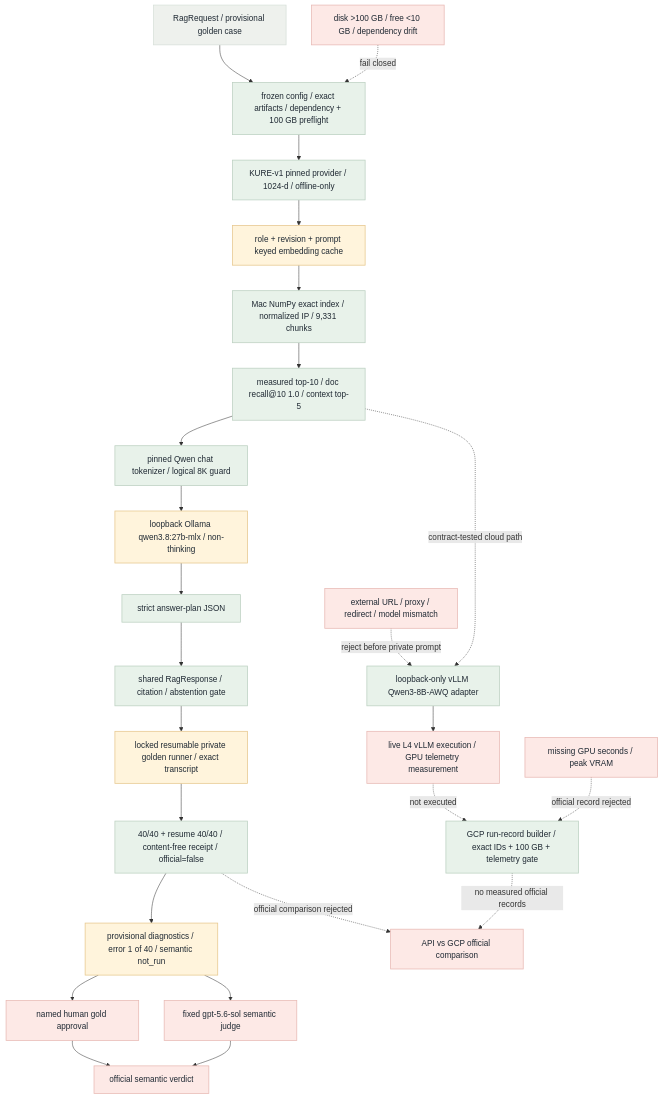
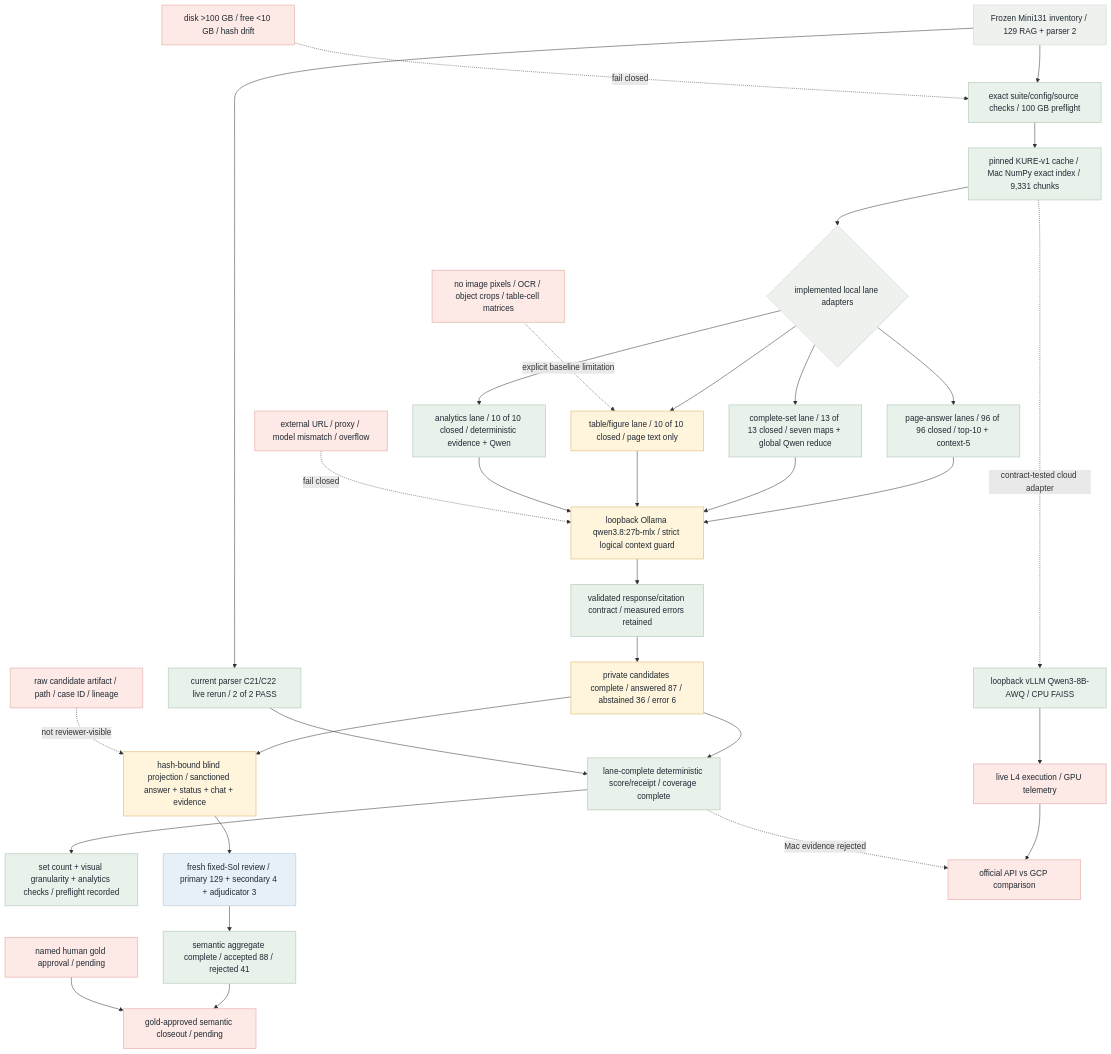
Before and after one commit to KongSeok/sprint-public-procurement-rag-assistant: the diagram in fivecircles/architecture/specs/gcp-local-baseline-current-flow.mmd, drawn with Mermaid. The commit also changed 22 other files, not shown here.

Commit message:
feat(eval): complete local Mini131 131-asset baseline

```diff
--- a/fivecircles/architecture/specs/gcp-local-baseline-current-flow.mmd
+++ b/fivecircles/architecture/specs/gcp-local-baseline-current-flow.mmd
@@ -1,34 +1,43 @@
 flowchart TD
-    U["RagRequest / provisional golden case"]:::gray --> PF["frozen config / exact artifacts / dependency + 100 GB preflight"]:::green
-    PF --> K["KURE-v1 pinned provider / 1024-d / offline-only"]:::green
-    K --> C["role + revision + prompt keyed embedding cache"]:::amber
-    C --> N["Mac NumPy exact index / normalized IP / 9,331 chunks"]:::green
-    N --> R["measured top-10 / doc recall@10 1.0 / context top-5"]:::green
-    R --> QT["pinned Qwen chat tokenizer / logical 8K guard"]:::green
-    QT --> O["loopback Ollama qwen3.8:27b-mlx / non-thinking"]:::amber
-    O --> J["strict answer-plan JSON"]:::green
-    J --> P["shared RagResponse / citation / abstention gate"]:::green
-    P --> GR["locked resumable private golden runner / exact transcript"]:::amber
-    GR --> MR["40/40 + resume 40/40 / content-free receipt / official=false"]:::green
-    MR --> PS["provisional diagnostics / error 1 of 40 / semantic not_run"]:::amber
+    U["Frozen Mini131 inventory / 129 RAG + parser 2"]:::gray --> PF["exact suite/config/source checks / 100 GB preflight"]:::green
+    PF --> K["pinned KURE-v1 cache / Mac NumPy exact index / 9,331 chunks"]:::green
+    K --> D{"implemented local lane adapters"}:::gray
 
-    R -. "contract-tested cloud path" .-> VA["loopback-only vLLM Qwen3-8B-AWQ adapter"]:::green
-    VA --> L4["live L4 vLLM execution / GPU telemetry measurement"]:::red
-    L4 -. "not executed" .-> RR["GCP run-record builder / exact IDs + 100 GB + telemetry gate"]:::green
-    RR -. "no measured official records" .-> CMP["API vs GCP official comparison"]:::red
-    MR -. "official comparison rejected" .-> CMP
+    D --> P["page-answer lanes / 96 of 96 closed / top-10 + context-5"]:::green
+    D --> S["complete-set lane / 13 of 13 closed / seven maps + global Qwen reduce"]:::green
+    D --> V["table/figure lane / 10 of 10 closed / page text only"]:::amber
+    D --> A["analytics lane / 10 of 10 closed / deterministic evidence + Qwen"]:::green
 
-    PS --> H["named human gold approval"]:::red
-    PS --> S["fixed gpt-5.6-sol semantic judge"]:::red
-    H --> SV["official semantic verdict"]:::red
-    S --> SV
+    P --> O["loopback Ollama qwen3.8:27b-mlx / strict logical context guard"]:::amber
+    S --> O
+    V --> O
+    A --> O
+    O --> R["validated response/citation contract / measured errors retained"]:::green
+    R --> T["private candidates complete / answered 87 / abstained 36 / error 6"]:::amber
+    T --> M["lane-complete deterministic score/receipt / coverage complete"]:::green
+    M --> MC["set count + visual granularity + analytics checks / preflight recorded"]:::green
 
-    D["disk >100 GB / free <10 GB / dependency drift"]:::red -. "fail closed" .-> PF
-    X["external URL / proxy / redirect / model mismatch"]:::red -. "reject before private prompt" .-> VA
-    T["missing GPU seconds / peak VRAM"]:::red -. "official record rejected" .-> RR
+    U --> PR["current parser C21/C22 live rerun / 2 of 2 PASS"]:::green
+    PR --> M
+
+    T --> BP["hash-bound blind projection / sanctioned answer + status + chat + evidence"]:::amber
+    RAW["raw candidate artifact / path / case ID / lineage"]:::red -. "not reviewer-visible" .-> BP
+    BP --> SOL["fresh fixed-Sol review / primary 129 + secondary 4 + adjudicator 3"]:::blue
+    SOL --> SEM["semantic aggregate complete / accepted 88 / rejected 41"]:::green
+    SEM --> FC["gold-approved semantic closeout / pending"]:::red
+    H["named human gold approval / pending"]:::red --> FC
+
+    K -. "contract-tested cloud adapter" .-> VA["loopback vLLM Qwen3-8B-AWQ / CPU FAISS"]:::green
+    VA --> L4["live L4 execution / GPU telemetry"]:::red
+    L4 --> AB["official API vs GCP comparison"]:::red
+    M -. "Mac evidence rejected" .-> AB
+
+    X["external URL / proxy / model mismatch / overflow"]:::red -. "fail closed" .-> O
+    Z["disk >100 GB / free <10 GB / hash drift"]:::red -. "fail closed" .-> PF
+    PX["no image pixels / OCR / object crops / table-cell matrices"]:::red -. "explicit baseline limitation" .-> V
 
     classDef green fill:#e8f2ea,stroke:#bdd1c2,color:#1f2933,stroke-width:1.5px
     classDef blue fill:#e8f0f7,stroke:#c2d3e0,color:#1f2933,stroke-width:1.5px
     classDef amber fill:#fff4dc,stroke:#e7c88f,color:#1f2933,stroke-width:1.5px
     classDef red fill:#fde9e6,stroke:#e8bab5,color:#1f2933,stroke-width:1.5px
     classDef gray fill:#eef1ed,stroke:#d8e0da,color:#1f2933,stroke-width:1.5px
```
